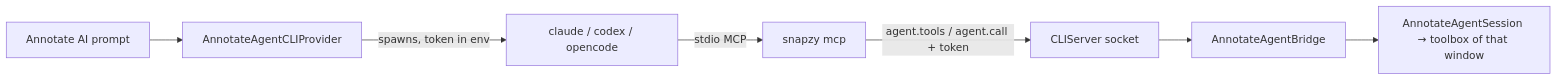
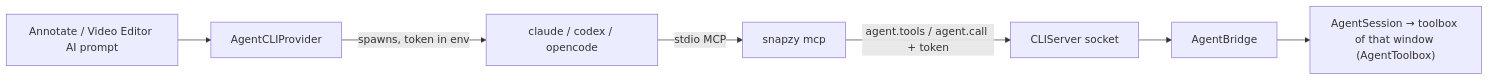
Before and after one commit to duongductrong/Snapzy: the diagram in docs/AI.md, drawn with Mermaid. The commit also changed other lines of this file and 50 other files, not shown here.

First line of the commit message:
feat: Added Video Editor AI prompt functionality and shortcuts

````diff
--- a/docs/AI.md
+++ b/docs/AI.md
@@ -55,9 +111,9 @@
 ```mermaid
 flowchart LR
-    A["Annotate AI prompt"] --> B["AnnotateAgentCLIProvider"]
+    A["Annotate / Video Editor AI prompt"] --> B["AgentCLIProvider"]
     B -->|"spawns, token in env"| C["claude / codex / opencode"]
     C -->|"stdio MCP"| D["snapzy mcp"]
     D -->|"agent.tools / agent.call + token"| E["CLIServer socket"]
-    E --> F["AnnotateAgentBridge"]
-    F --> G["AnnotateAgentSession → toolbox of that window"]
+    E --> F["AgentBridge"]
+    F --> G["AgentSession → toolbox of that window (AgentToolbox)"]
 ```
````
